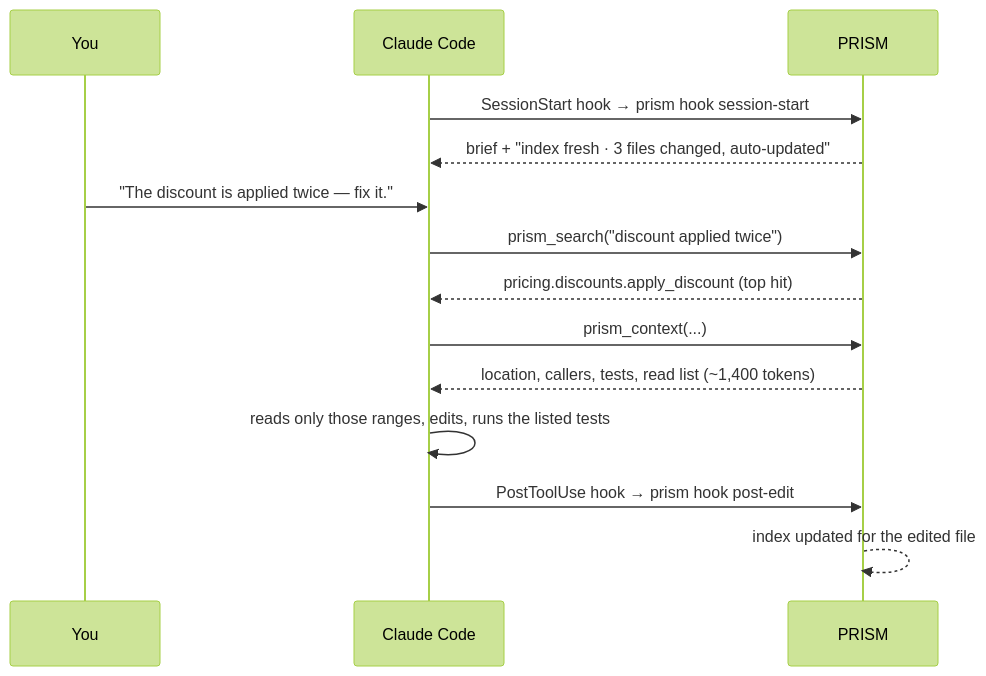
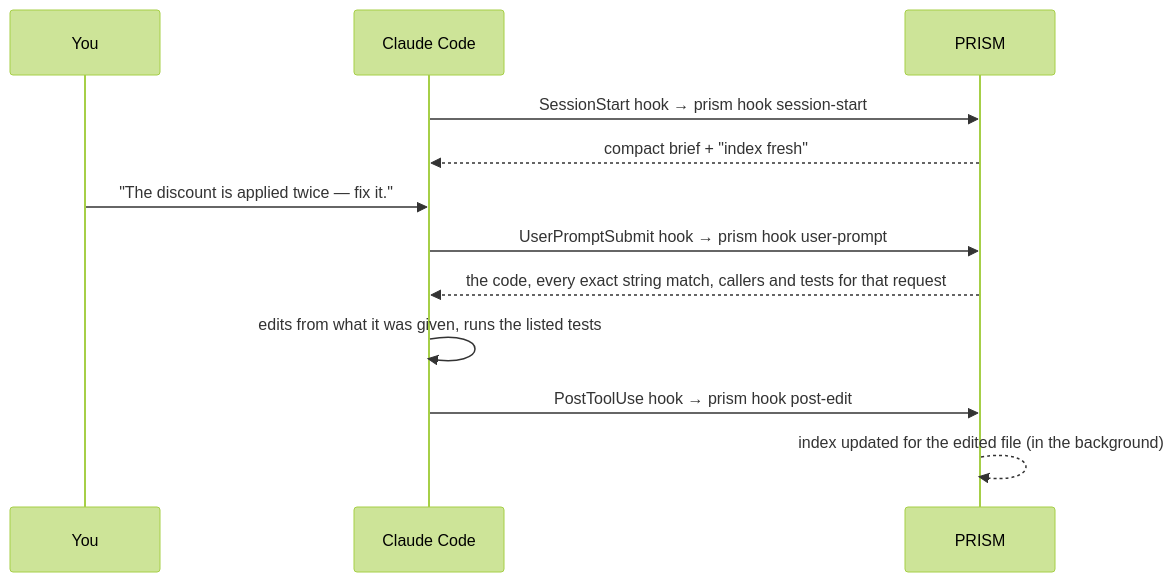
Before and after one commit to Aashutosh-Mahajan/prism: the diagram in docs/getting-started.md, drawn with Mermaid (forest theme). The commit also changed other lines of this file, not shown here.

````diff
--- a/docs/getting-started.md
+++ b/docs/getting-started.md
@@ -122,17 +123,15 @@
 ```mermaid
 sequenceDiagram
     participant You
     participant Agent as Claude Code
     participant P as PRISM
 
     Agent->>P: SessionStart hook → prism hook session-start
-    P-->>Agent: brief + "index fresh · 3 files changed, auto-updated"
+    P-->>Agent: compact brief + "index fresh"
     You->>Agent: "The discount is applied twice — fix it."
-    Agent->>P: prism_search("discount applied twice")
-    P-->>Agent: pricing.discounts.apply_discount (top hit)
-    Agent->>P: prism_context(...)
-    P-->>Agent: location, callers, tests, read list (~1,400 tokens)
-    Agent->>Agent: reads only those ranges, edits, runs the listed tests
+    Agent->>P: UserPromptSubmit hook → prism hook user-prompt
+    P-->>Agent: the code, every exact string match, callers and tests for that request
+    Agent->>Agent: edits from what it was given, runs the listed tests
     Agent->>P: PostToolUse hook → prism hook post-edit
-    P-->>P: index updated for the edited file
+    P-->>P: index updated for the edited file (in the background)
 ```
````
